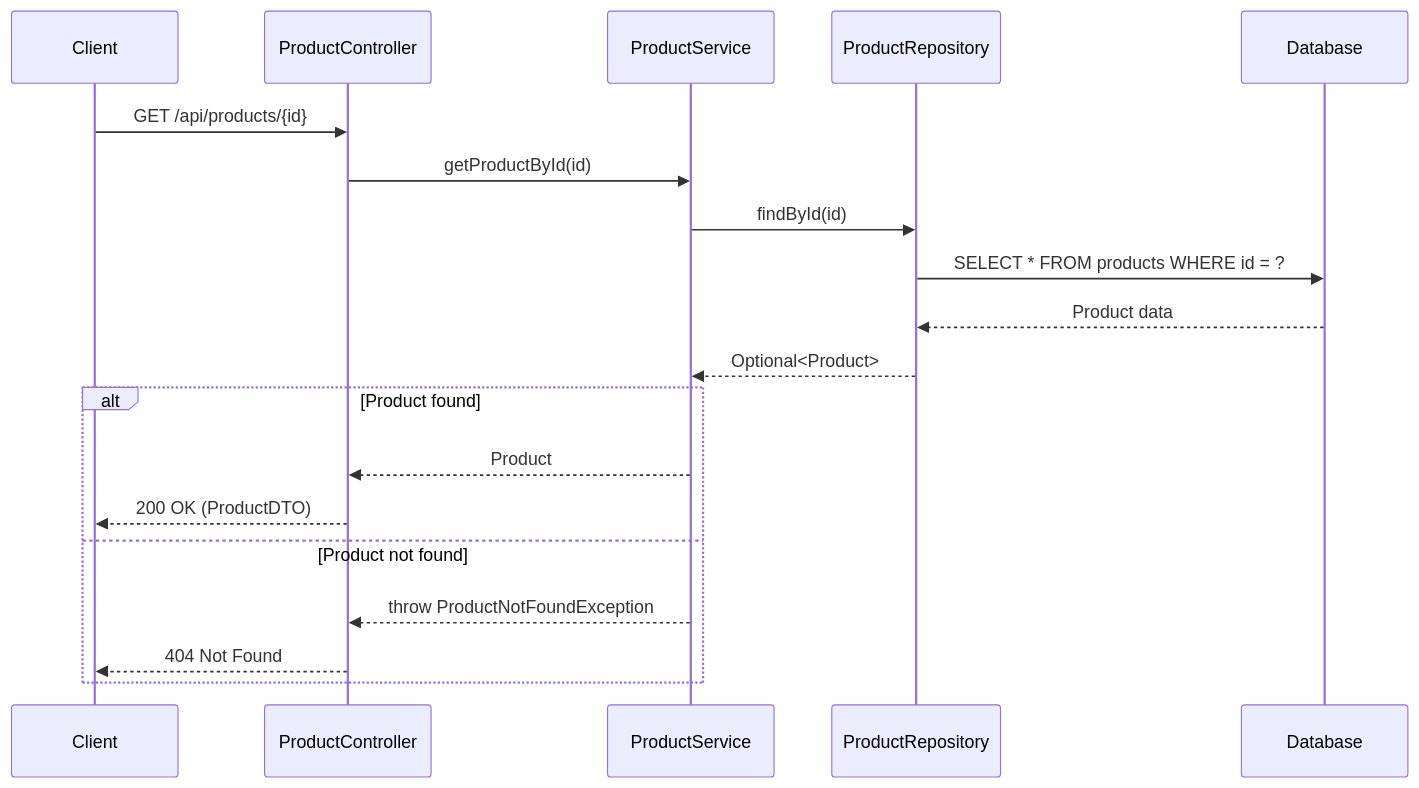
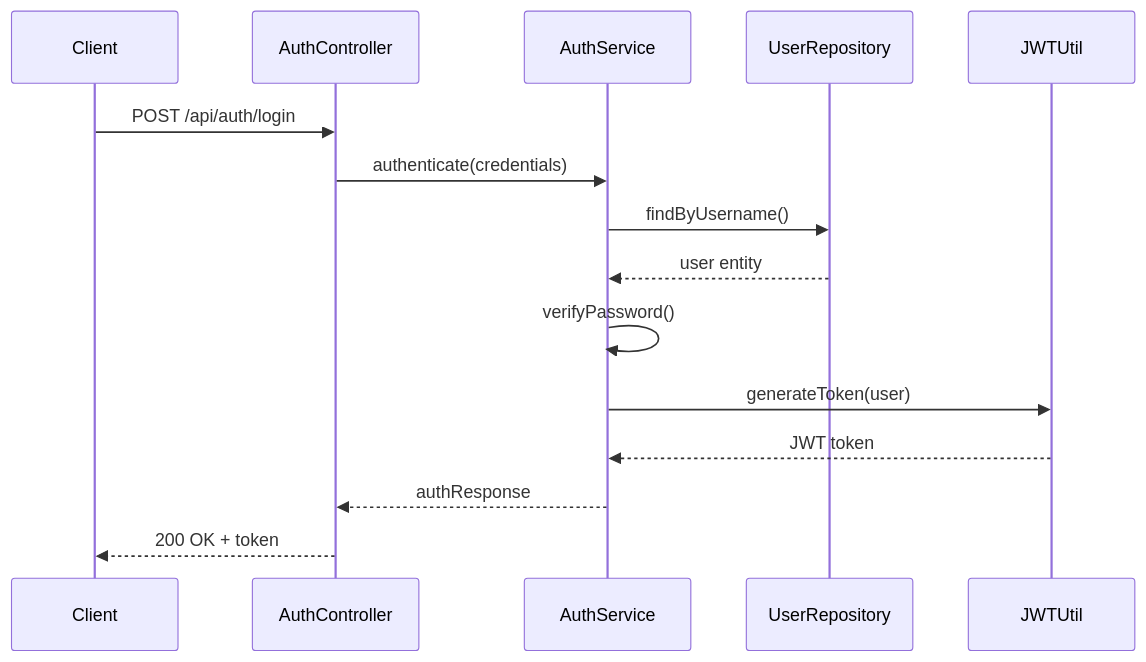
One commit to NavneetBN47/aava-ecom-demo changed the fourth of 13 diagrams in docs/LLD/modified_lld.md. Above: the diagram before and after it, drawn with Mermaid. The commit also changed other lines of this file, not shown here.

````diff
--- a/docs/LLD/modified_lld.md
+++ b/docs/LLD/modified_lld.md
@@ -321,23 +328,18 @@
 ```mermaid
 sequenceDiagram
     participant Client
-    participant ProductController
-    participant ProductService
-    participant ProductRepository
-    participant Database
+    participant AuthController
+    participant AuthService
+    participant UserRepository
+    participant JWTUtil
 
-    Client->>ProductController: GET /api/products/{id}
-    ProductController->>ProductService: getProductById(id)
-    ProductService->>ProductRepository: findById(id)
-    ProductRepository->>Database: SELECT * FROM products WHERE id = ?
-    Database-->>ProductRepository: Product data
-    ProductRepository-->>ProductService: Optional<Product>
-    
-    alt Product found
-        ProductService-->>ProductController: Product
-        ProductController-->>Client: 200 OK (ProductDTO)
-    else Product not found
-        ProductService-->>ProductController: throw ProductNotFoundException
-        ProductController-->>Client: 404 Not Found
-    end
+    Client->>AuthController: POST /api/auth/login
+    AuthController->>AuthService: authenticate(credentials)
+    AuthService->>UserRepository: findByUsername()
+    UserRepository-->>AuthService: user entity
+    AuthService->>AuthService: verifyPassword()
+    AuthService->>JWTUtil: generateToken(user)
+    JWTUtil-->>AuthService: JWT token
+    AuthService-->>AuthController: authResponse
+    AuthController-->>Client: 200 OK + token
 ```
````
